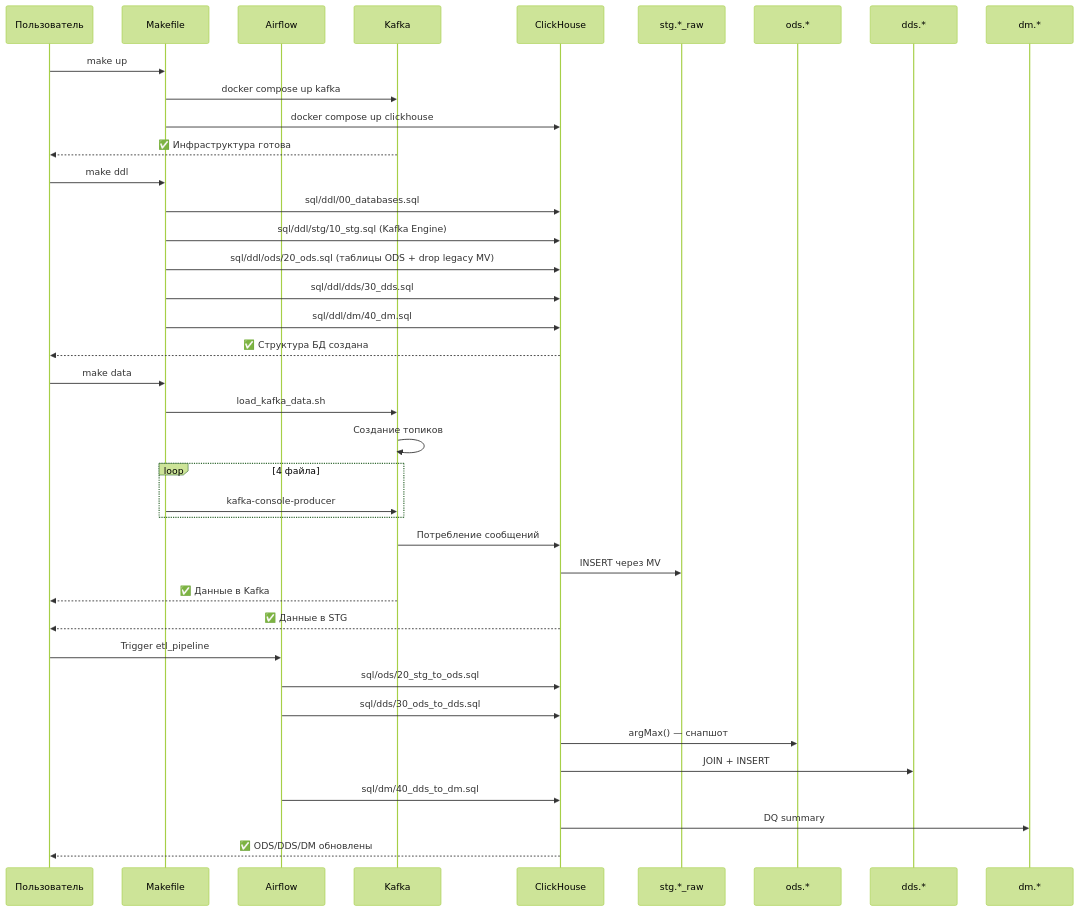
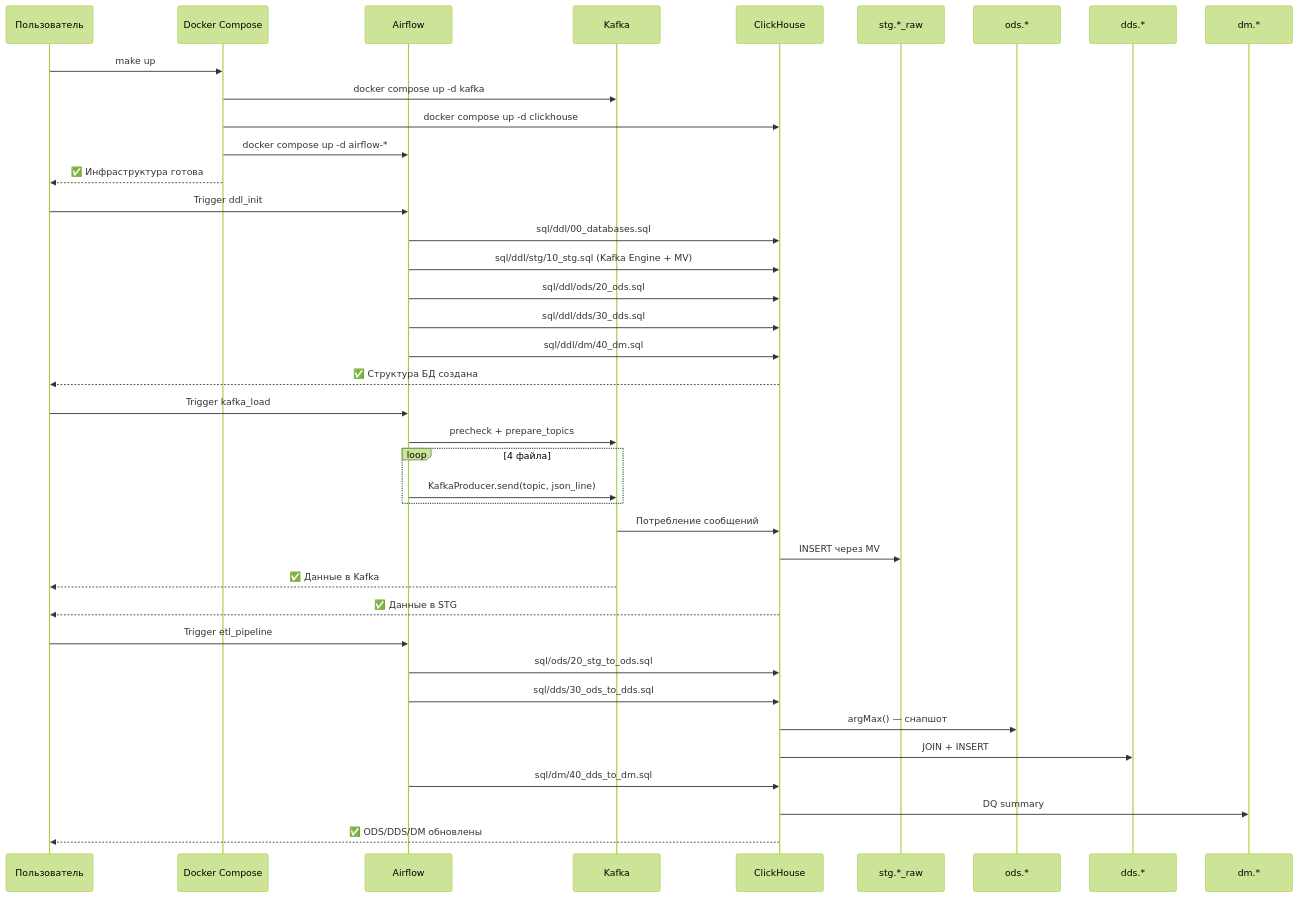
Before and after one commit to dementev-dev/clickstream-ch-kafka-superset-demo: the third of 6 diagrams in docs/ARCHITECTURE.md, drawn with Mermaid (forest theme). The commit also changed other lines of this file and 2 other files, not shown here.

Commit message:
docs(docs): align docs with airflow-first ingest workflow
- Why:\n  - User-facing docs mixed Airflow and legacy CLI ingest paths and caused confusion\n- What:\n  - Rework README quick start and status to use DAG chain ddl_init -> kafka_load -> etl_pipeline\n  - Rewrite runbook as canonical Airflow-first execution flow\n  - Sync architecture diagrams/sequence and DQ wording with current SQL and DAG behavior\n- Check:\n  - Verified updated sections and removed stale markers with rg in README.md, docs/ARCHITECTURE.md, plans/runbook.md

````diff
--- a/docs/ARCHITECTURE.md
+++ b/docs/ARCHITECTURE.md
@@ -365,45 +365,45 @@
 ```mermaid
 sequenceDiagram
     participant User as Пользователь
-    participant Make as Makefile
+    participant Compose as Docker Compose
     participant Airflow as Airflow
     participant K as Kafka
     participant CH as ClickHouse
     participant STG as stg.*_raw
     participant ODS as ods.*
     participant DDS as dds.*
     participant DM as dm.*
 
-    User->>Make: make up
-    Make->>K: docker compose up kafka
-    Make->>CH: docker compose up clickhouse
-    K-->>User: ✅ Инфраструктура готова
+    User->>Compose: make up
+    Compose->>K: docker compose up -d kafka
+    Compose->>CH: docker compose up -d clickhouse
+    Compose->>Airflow: docker compose up -d airflow-*
+    Compose-->>User: ✅ Инфраструктура готова
 
-    User->>Make: make ddl
-    Make->>CH: sql/ddl/00_databases.sql
-    Make->>CH: sql/ddl/stg/10_stg.sql (Kafka Engine)
-    Make->>CH: sql/ddl/ods/20_ods.sql (таблицы ODS + drop legacy MV)
-    Make->>CH: sql/ddl/dds/30_dds.sql
-    Make->>CH: sql/ddl/dm/40_dm.sql
+    User->>Airflow: Trigger ddl_init
+    Airflow->>CH: sql/ddl/00_databases.sql
+    Airflow->>CH: sql/ddl/stg/10_stg.sql (Kafka Engine + MV)
+    Airflow->>CH: sql/ddl/ods/20_ods.sql
+    Airflow->>CH: sql/ddl/dds/30_dds.sql
+    Airflow->>CH: sql/ddl/dm/40_dm.sql
     CH-->>User: ✅ Структура БД создана
 
-    User->>Make: make data
-    Make->>K: load_kafka_data.sh
-    K->>K: Создание топиков
+    User->>Airflow: Trigger kafka_load
+    Airflow->>K: precheck + prepare_topics
     loop 4 файла
-        Make->>K: kafka-console-producer
+        Airflow->>K: KafkaProducer.send(topic, json_line)
     end
     K->>CH: Потребление сообщений
     CH->>STG: INSERT через MV
     K-->>User: ✅ Данные в Kafka
     CH-->>User: ✅ Данные в STG
 
     User->>Airflow: Trigger etl_pipeline
     Airflow->>CH: sql/ods/20_stg_to_ods.sql
     Airflow->>CH: sql/dds/30_ods_to_dds.sql
     CH->>ODS: argMax() — снапшот
     CH->>DDS: JOIN + INSERT
     Airflow->>CH: sql/dm/40_dds_to_dm.sql
     CH->>DM: DQ summary
     CH-->>User: ✅ ODS/DDS/DM обновлены
 ```
````
